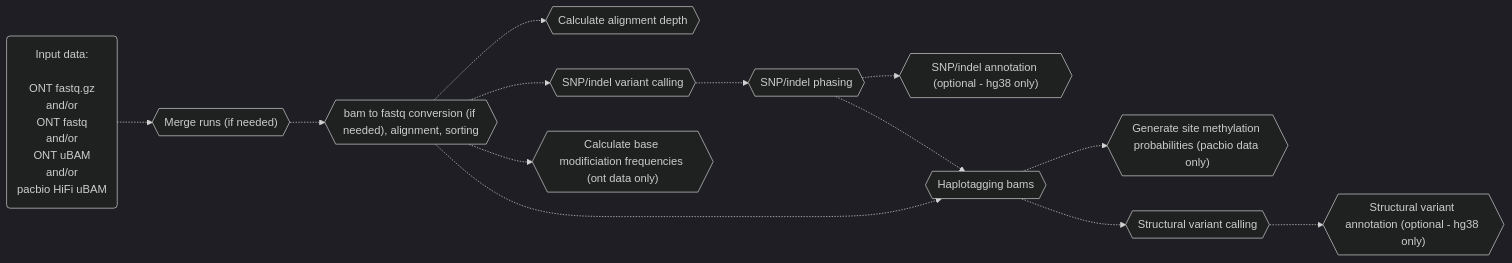
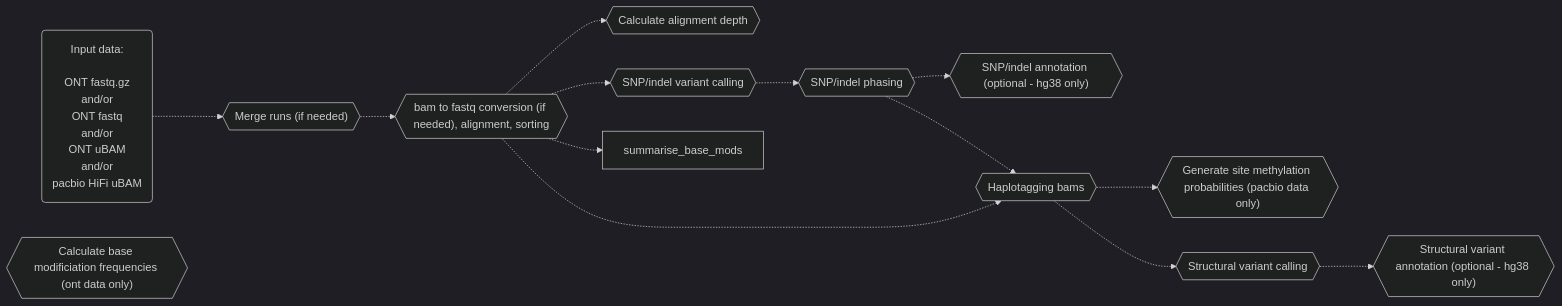
One commit to leahkemp/pipeface changed the first of 2 diagrams in README.md. Above: the diagram before and after it, drawn with Mermaid. The commit also changed other lines of this file and 1 other file, not shown here.

````diff
--- a/README.md
+++ b/README.md
@@ -17,26 +17,26 @@
 ```mermaid
 %%{init: {'theme':'dark'}}%%
 flowchart LR
 
 input_data("Input data: <br><br> ONT fastq.gz <br> and/or <br> ONT fastq <br> and/or <br> ONT uBAM <br> and/or <br> pacbio HiFi uBAM")
 merging{{"Merge runs (if needed)"}}
 alignment{{"bam to fastq conversion (if needed), alignment, sorting"}}
 depth{{"Calculate alignment depth"}}
 snp_indel_calling{{"SNP/indel variant calling"}}
 snp_indel_phasing{{"SNP/indel phasing"}}
 snp_indel_annotation{{"SNP/indel annotation (optional - hg38 only)"}}
 haplotagging{{"Haplotagging bams"}}
-summarise_base_mods{{"Calculate base modificiation frequencies (ont data only)"}}
+calculate_base_mod_freqs{{"Calculate base modificiation frequencies (ont data only)"}}
 generate_meth_probs{{"Generate site methylation probabilities (pacbio data only)"}}
 sv_calling{{"Structural variant calling"}}
 sv_annotation{{"Structural variant annotation (optional - hg38 only)"}}
 
 input_data-.->merging-.->alignment-.->snp_indel_calling-.->snp_indel_phasing-.->haplotagging-.->sv_calling
 alignment-.->depth
 alignment-.->summarise_base_mods
 alignment-.->haplotagging
 haplotagging-.->generate_meth_probs
 snp_indel_phasing-.->snp_indel_annotation
 sv_calling-.->sv_annotation
 
 ```
````
